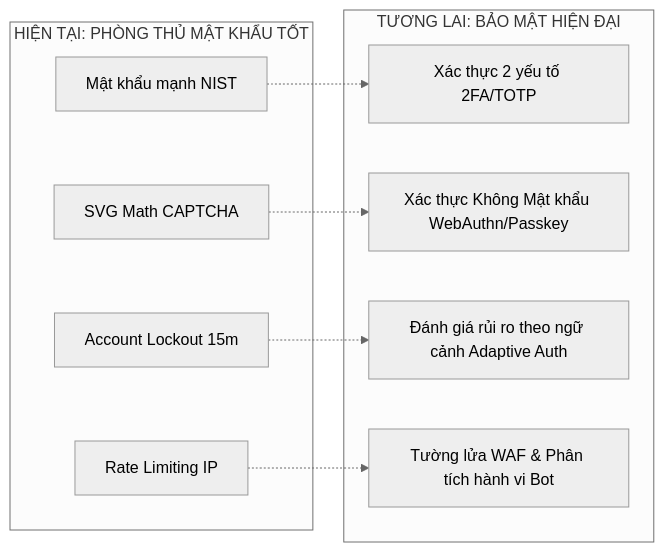
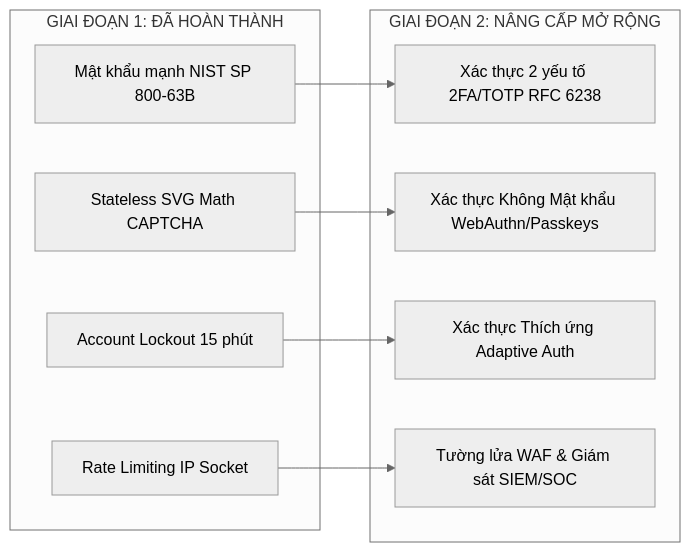
Before and after one commit to Johnyyd/ATMMT: the diagram in chapter_content/Chuong5_KetLuanVaHuongPhatTrien.md, drawn with Mermaid (neutral theme). The commit also changed other lines of this file and 6 other files, not shown here.

````diff
--- a/chapter_content/Chuong5_KetLuanVaHuongPhatTrien.md
+++ b/chapter_content/Chuong5_KetLuanVaHuongPhatTrien.md
@@ -69,21 +67,21 @@
 ```mermaid
-graph LR
-    subgraph Hiện Tại [HIỆN TẠI: PHÒNG THỦ MẬT KHẨU TỐT]
-        A[Mật khẩu mạnh NIST]
-        B[Account Lockout 15m]
-        C[Rate Limiting IP]
-        D[SVG Math CAPTCHA]
+flowchart LR
+    subgraph HienTai [GIAI ĐOẠN 1: ĐÃ HOÀN THÀNH]
+        A[Mật khẩu mạnh NIST SP 800-63B]
+        B[Account Lockout 15 phút]
+        C[Rate Limiting IP Socket]
+        D[Stateless SVG Math CAPTCHA]
     end
 
-    subgraph Tương Lai [TƯƠNG LAI: BẢO MẬT HIỆN ĐẠI]
-        E[Xác thực 2 yếu tố 2FA/TOTP]
-        F[Xác thực Không Mật khẩu WebAuthn/Passkey]
-        G[Đánh giá rủi ro theo ngữ cảnh Adaptive Auth]
-        H[Tường lửa WAF & Phân tích hành vi Bot]
+    subgraph TuongLai [GIAI ĐOẠN 2: NÂNG CẤP MỞ RỘNG]
+        E[Xác thực 2 yếu tố 2FA/TOTP RFC 6238]
+        F[Xác thực Không Mật khẩu WebAuthn/Passkeys]
+        G[Xác thực Thích ứng Adaptive Auth]
+        H[Tường lửa WAF & Giám sát SIEM/SOC]
     end
 
-    A -.-> E
-    B -.-> G
-    C -.-> H
-    D -.-> F
+    A --> E
+    B --> G
+    C --> H
+    D --> F
 ```
````
